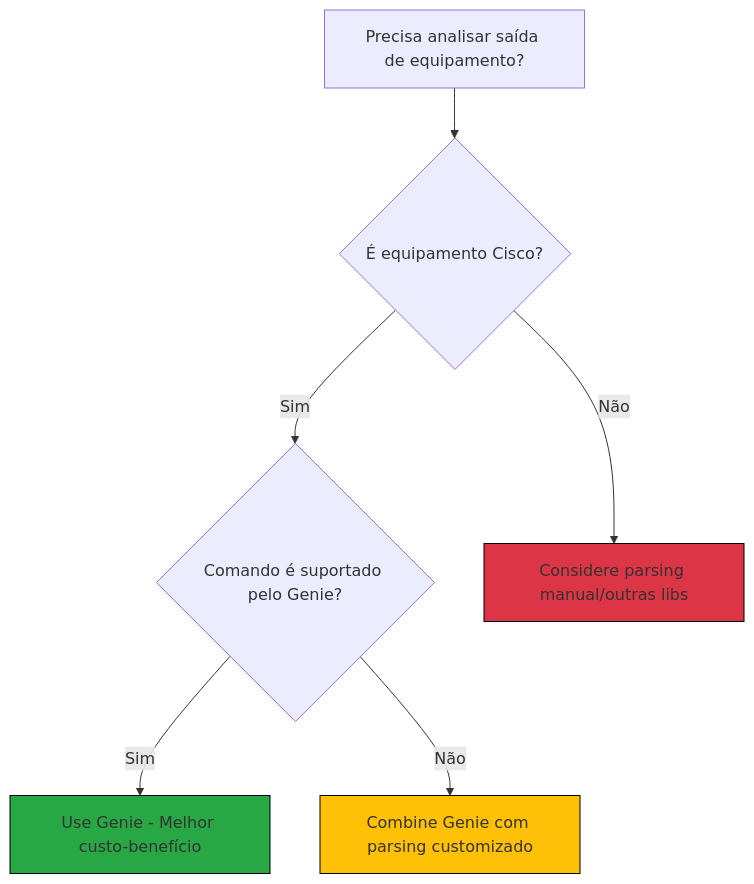
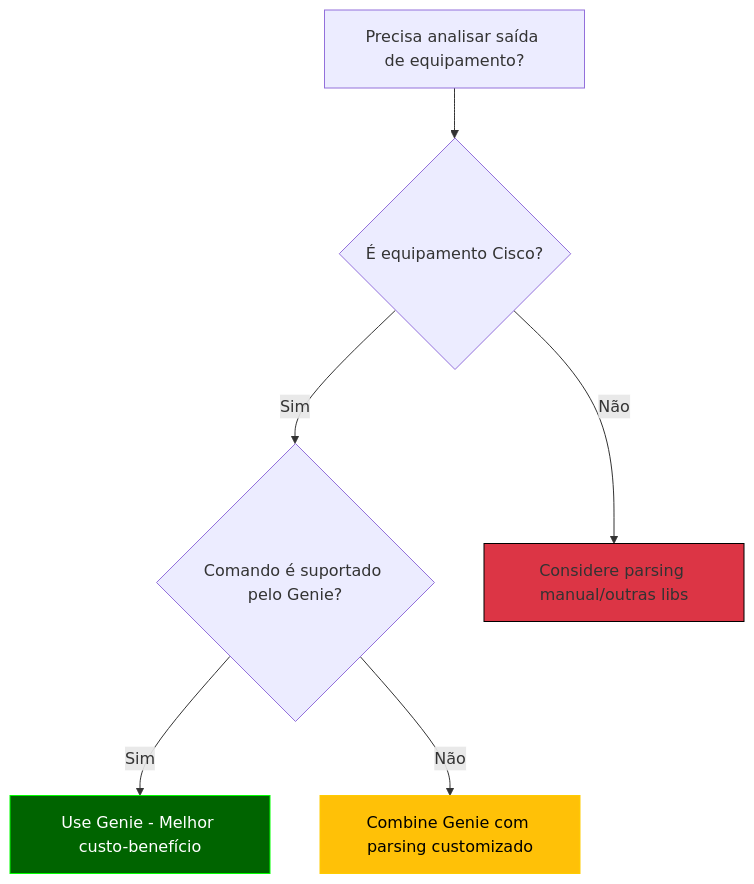
Before and after one commit to alcancil/Cisco: the first of 2 diagrams in CCNP 350-401 ENCOR/06 - Automation/19- Python - 14 - Parsing  Automatico/README.md, drawn with Mermaid.

Commit message:
Alterado o arquivo README.md

````diff
--- a/CCNP 350-401 ENCOR/06 - Automation/19- Python - 14 - Parsing  Automatico/README.md
+++ b/CCNP 350-401 ENCOR/06 - Automation/19- Python - 14 - Parsing  Automatico/README.md
@@ -151,12 +151,12 @@
 ```mermaid
 flowchart TD
     A[Precisa analisar saída de equipamento?] --> B{É equipamento Cisco?}
     B -->|Sim| C{Comando é suportado pelo Genie?}
     B -->|Não| D[Considere parsing manual/outras libs]
     C -->|Sim| E[Use Genie - Melhor custo-benefício]
     C -->|Não| F[Combine Genie com parsing customizado]
     
-    style E fill:#28a745,stroke:#000000
+    style E fill:#006400,stroke:#00ff00,color:#ffffff 
     style D fill:#dc3545,stroke:#000000
-    style F fill:#ffc107,stroke:#000000
+    style F fill:#ffc107,stroke:#ffcc00,color:#000000
 ```
````
